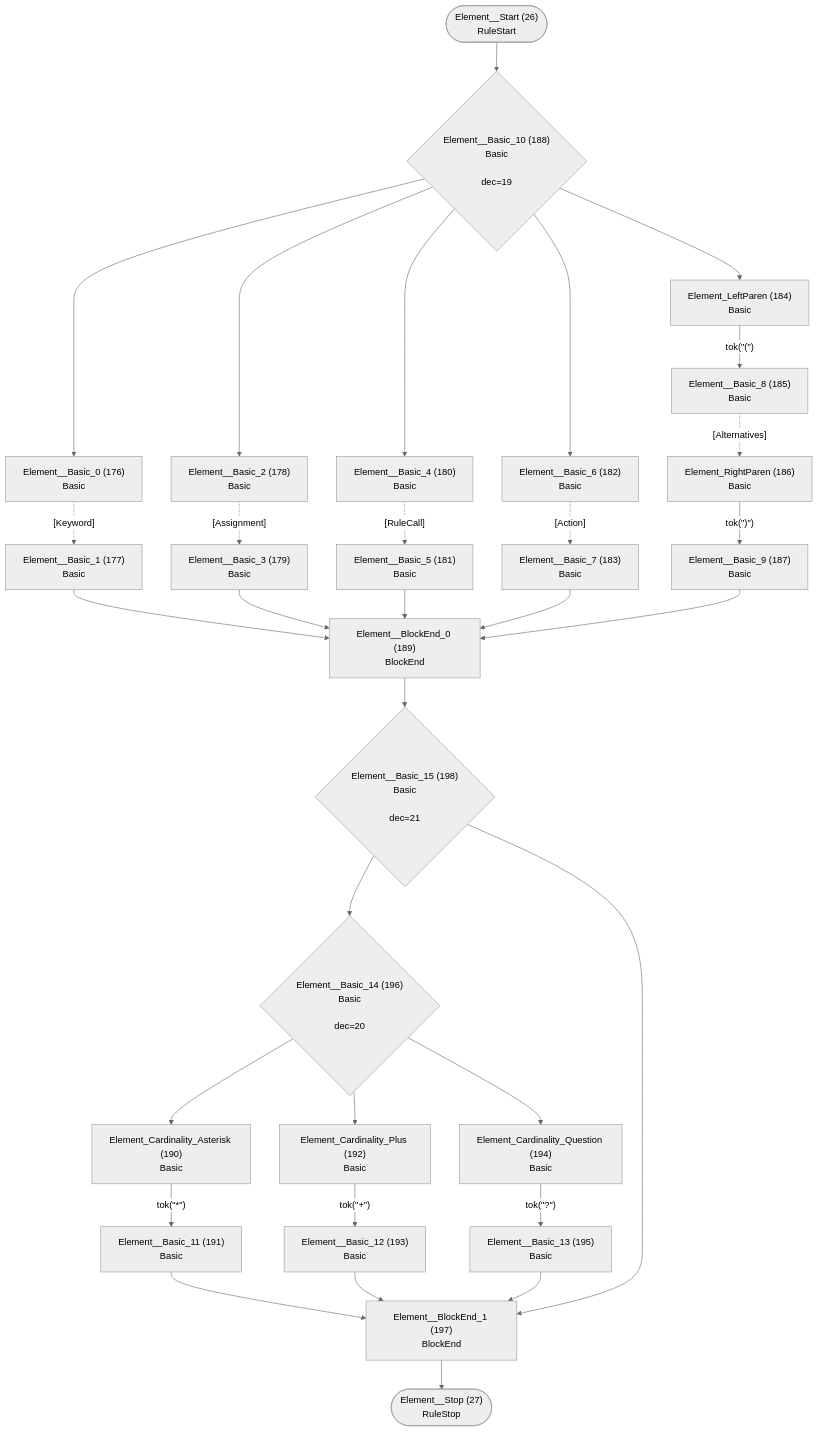
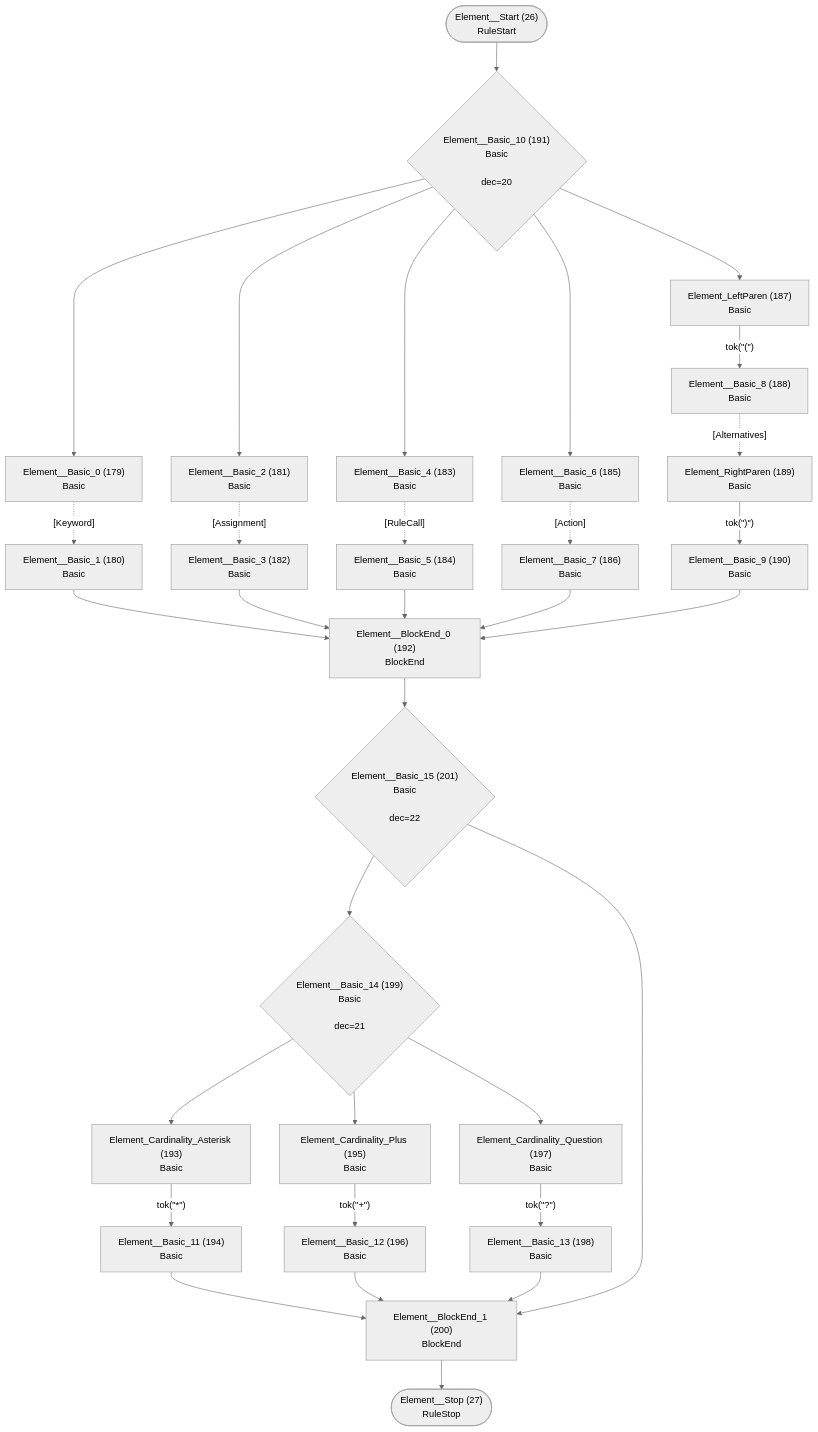
Diagram 14 of 26 in internal/grammar/atn.md (TypeFox/fastbelt), drawn with Mermaid (neutral theme) before and after one commit. The commit also changed other lines of this file and 16 other files, not shown here.

````diff
--- a/internal/grammar/atn.md
+++ b/internal/grammar/atn.md
@@ -409,60 +416,60 @@
 ```mermaid
 flowchart TD
     q26(["Element__Start (26)<br/>RuleStart"])
     q27(["Element__Stop (27)<br/>RuleStop"])
-    q176["Element__Basic_0 (176)<br/>Basic<br/>"]
-    q177["Element__Basic_1 (177)<br/>Basic<br/>"]
-    q178["Element__Basic_2 (178)<br/>Basic<br/>"]
-    q179["Element__Basic_3 (179)<br/>Basic<br/>"]
-    q180["Element__Basic_4 (180)<br/>Basic<br/>"]
-    q181["Element__Basic_5 (181)<br/>Basic<br/>"]
-    q182["Element__Basic_6 (182)<br/>Basic<br/>"]
-    q183["Element__Basic_7 (183)<br/>Basic<br/>"]
-    q184["Element_LeftParen (184)<br/>Basic<br/>"]
-    q185["Element__Basic_8 (185)<br/>Basic<br/>"]
-    q186["Element_RightParen (186)<br/>Basic<br/>"]
-    q187["Element__Basic_9 (187)<br/>Basic<br/>"]
-    q188{"Element__Basic_10 (188)<br/>Basic<br/><br/>dec=19"}
-    q189["Element__BlockEnd_0 (189)<br/>BlockEnd<br/>"]
-    q190["Element_Cardinality_Asterisk (190)<br/>Basic<br/>"]
-    q191["Element__Basic_11 (191)<br/>Basic<br/>"]
-    q192["Element_Cardinality_Plus (192)<br/>Basic<br/>"]
-    q193["Element__Basic_12 (193)<br/>Basic<br/>"]
-    q194["Element_Cardinality_Question (194)<br/>Basic<br/>"]
-    q195["Element__Basic_13 (195)<br/>Basic<br/>"]
-    q196{"Element__Basic_14 (196)<br/>Basic<br/><br/>dec=20"}
-    q197["Element__BlockEnd_1 (197)<br/>BlockEnd<br/>"]
-    q198{"Element__Basic_15 (198)<br/>Basic<br/><br/>dec=21"}
+    q179["Element__Basic_0 (179)<br/>Basic<br/>"]
+    q180["Element__Basic_1 (180)<br/>Basic<br/>"]
+    q181["Element__Basic_2 (181)<br/>Basic<br/>"]
+    q182["Element__Basic_3 (182)<br/>Basic<br/>"]
+    q183["Element__Basic_4 (183)<br/>Basic<br/>"]
+    q184["Element__Basic_5 (184)<br/>Basic<br/>"]
+    q185["Element__Basic_6 (185)<br/>Basic<br/>"]
+    q186["Element__Basic_7 (186)<br/>Basic<br/>"]
+    q187["Element_LeftParen (187)<br/>Basic<br/>"]
+    q188["Element__Basic_8 (188)<br/>Basic<br/>"]
+    q189["Element_RightParen (189)<br/>Basic<br/>"]
+    q190["Element__Basic_9 (190)<br/>Basic<br/>"]
+    q191{"Element__Basic_10 (191)<br/>Basic<br/><br/>dec=20"}
+    q192["Element__BlockEnd_0 (192)<br/>BlockEnd<br/>"]
+    q193["Element_Cardinality_Asterisk (193)<br/>Basic<br/>"]
+    q194["Element__Basic_11 (194)<br/>Basic<br/>"]
+    q195["Element_Cardinality_Plus (195)<br/>Basic<br/>"]
+    q196["Element__Basic_12 (196)<br/>Basic<br/>"]
+    q197["Element_Cardinality_Question (197)<br/>Basic<br/>"]
+    q198["Element__Basic_13 (198)<br/>Basic<br/>"]
+    q199{"Element__Basic_14 (199)<br/>Basic<br/><br/>dec=21"}
+    q200["Element__BlockEnd_1 (200)<br/>BlockEnd<br/>"]
+    q201{"Element__Basic_15 (201)<br/>Basic<br/><br/>dec=22"}
 
-    q26 --> q188
-    q176 -.->|"[Keyword]"| q177
-    q177 --> q189
-    q178 -.->|"[Assignment]"| q179
-    q179 --> q189
-    q180 -.->|"[RuleCall]"| q181
-    q181 --> q189
-    q182 -.->|"[Action]"| q183
-    q183 --> q189
-    q184 -->|"tok(&quot;(&quot;)"| q185
-    q185 -.->|"[Alternatives]"| q186
-    q186 -->|"tok(&quot;)&quot;)"| q187
-    q187 --> q189
-    q188 --> q176
-    q188 --> q178
-    q188 --> q180
-    q188 --> q182
-    q188 --> q184
-    q189 --> q198
-    q190 -->|"tok(&quot;*&quot;)"| q191
-    q191 --> q197
-    q192 -->|"tok(&quot;+&quot;)"| q193
-    q193 --> q197
-    q194 -->|"tok(&quot;?&quot;)"| q195
-    q195 --> q197
-    q196 --> q190
-    q196 --> q192
-    q196 --> q194
-    q197 --> q27
-    q198 --> q196
-    q198 --> q197
+    q26 --> q191
+    q179 -.->|"[Keyword]"| q180
+    q180 --> q192
+    q181 -.->|"[Assignment]"| q182
+    q182 --> q192
+    q183 -.->|"[RuleCall]"| q184
+    q184 --> q192
+    q185 -.->|"[Action]"| q186
+    q186 --> q192
+    q187 -->|"tok(&quot;(&quot;)"| q188
+    q188 -.->|"[Alternatives]"| q189
+    q189 -->|"tok(&quot;)&quot;)"| q190
+    q190 --> q192
+    q191 --> q179
+    q191 --> q181
+    q191 --> q183
+    q191 --> q185
+    q191 --> q187
+    q192 --> q201
+    q193 -->|"tok(&quot;*&quot;)"| q194
+    q194 --> q200
+    q195 -->|"tok(&quot;+&quot;)"| q196
+    q196 --> q200
+    q197 -->|"tok(&quot;?&quot;)"| q198
+    q198 --> q200
+    q199 --> q193
+    q199 --> q195
+    q199 --> q197
+    q200 --> q27
+    q201 --> q199
+    q201 --> q200
 ```
````
